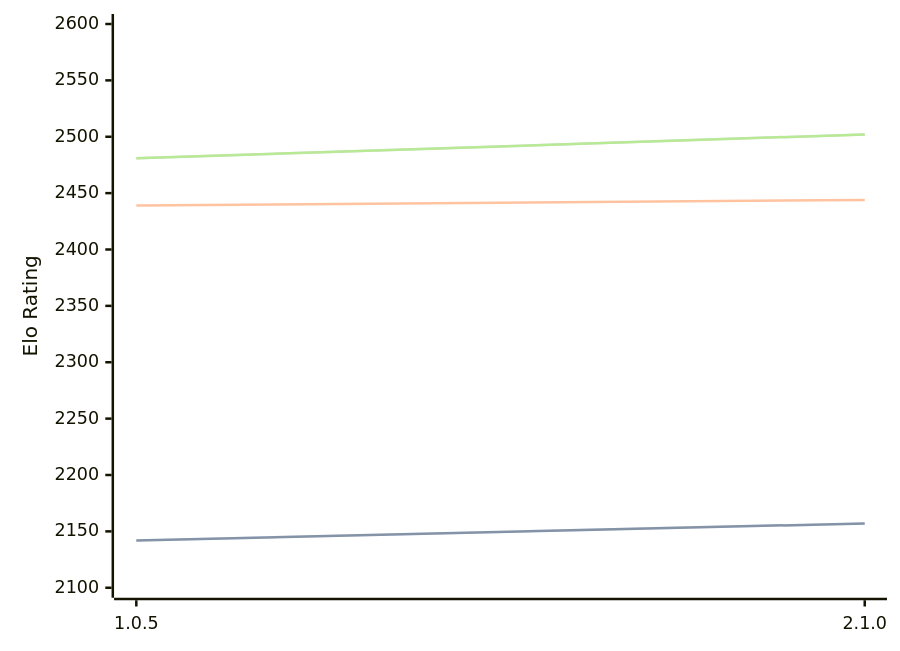
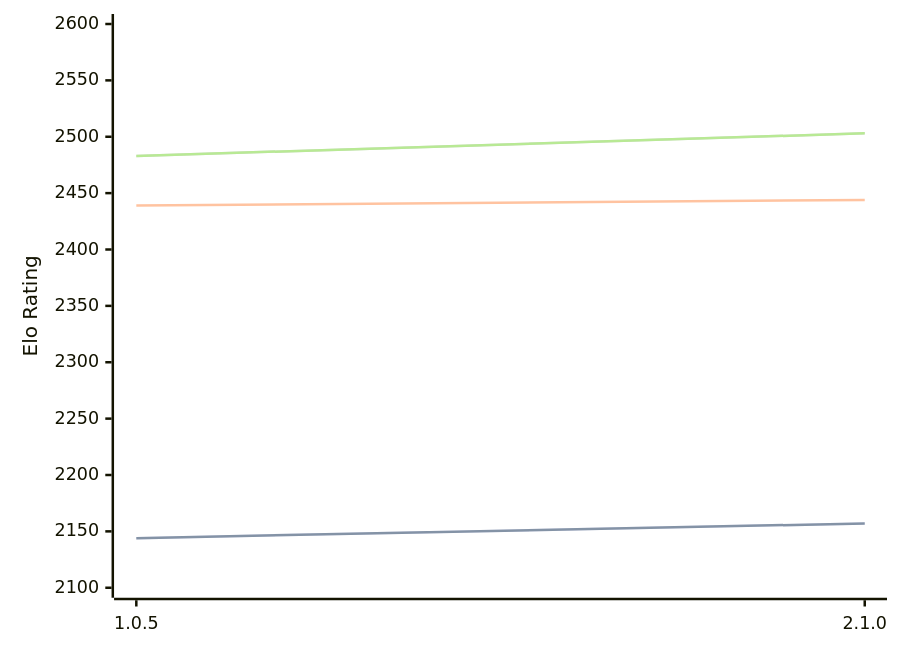
One commit to computer-chess-index/cci changed the diagram in engines/Ruffian.md. Above: the diagram before and after it, drawn with Mermaid. The commit also changed other lines of this file, not shown here.

Commit message:
Update CCI Ratings (ELO VLTC) - 2026-09-06

````diff
--- a/engines/Ruffian.md
+++ b/engines/Ruffian.md
@@ -32,11 +32,11 @@
 ```mermaid
 %%{init: {"theme":"base","themeVariables":{"seriesColors:['#a3a3a3','#222221','#faa371']}}}%%
 xychart-beta
   x-axis ["1.0.5", "2.1.0"]
   y-axis "Elo Rating" 2100 --> 2600
-  line "" [2142, 2157]
-  line "STC (8.0+0.08s)" [2142, 2157]
+  line "" [2144, 2157]
+  line "STC (8.0+0.08s)" [2144, 2157]
   line "LTC (60.0+0.60s)" [2439, 2444]
-  line "" [2481, 2502]
-  line "VLTC (2m24s+1.12s)" [2481, 2502]
+  line "" [2483, 2503]
+  line "VLTC (2m24s+1.12s)" [2483, 2503]
 ```
````
